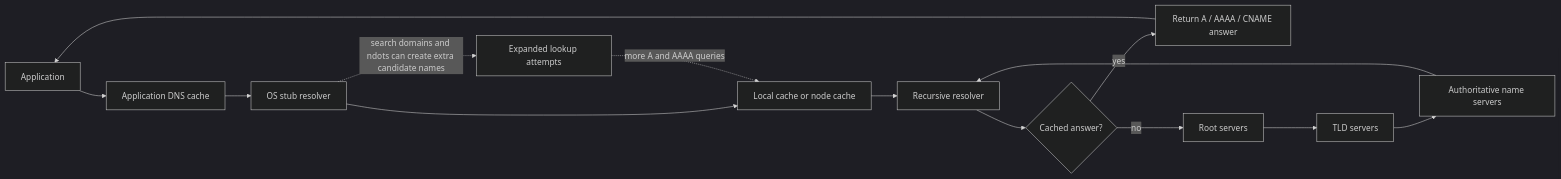
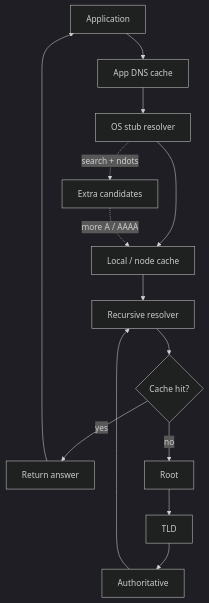
One commit to chunyang-wen/chunyang-wen.github.io changed the first of 5 diagrams in _posts/2026/2026-06-08-deep-dive-into-dns-architecture-hijacks-and-timeouts.md. Above: the diagram before and after it, drawn with Mermaid (dark theme). The commit also changed other lines of this file, not shown here.

Commit message:
Compact DNS Mermaid diagrams

````diff
--- a/_posts/2026/2026-06-08-deep-dive-into-dns-architecture-hijacks-and-timeouts.md
+++ b/_posts/2026/2026-06-08-deep-dive-into-dns-architecture-hijacks-and-timeouts.md
@@ -48,17 +48,17 @@
 ```mermaid
-flowchart LR
-    app["Application"] --> appcache["Application DNS cache"]
+flowchart TB
+    app["Application"] --> appcache["App DNS cache"]
     appcache --> stub["OS stub resolver"]
-    stub --> local["Local cache or node cache"]
+    stub --> local["Local / node cache"]
     local --> recursive["Recursive resolver"]
-    recursive --> cache{"Cached answer?"}
-    cache -- "yes" --> answer["Return A / AAAA / CNAME answer"]
-    cache -- "no" --> root["Root servers"]
-    root --> tld["TLD servers"]
-    tld --> auth["Authoritative name servers"]
+    recursive --> cache{"Cache hit?"}
+    cache -- "yes" --> answer["Return answer"]
+    cache -- "no" --> root["Root"]
+    root --> tld["TLD"]
+    tld --> auth["Authoritative"]
     auth --> recursive
     answer --> app
 
-    stub -. "search domains and ndots can create extra candidate names" .-> expanded["Expanded lookup attempts"]
-    expanded -. "more A and AAAA queries" .-> local
+    stub -. "search + ndots" .-> expanded["Extra candidates"]
+    expanded -. "more A / AAAA" .-> local
 ```
````
